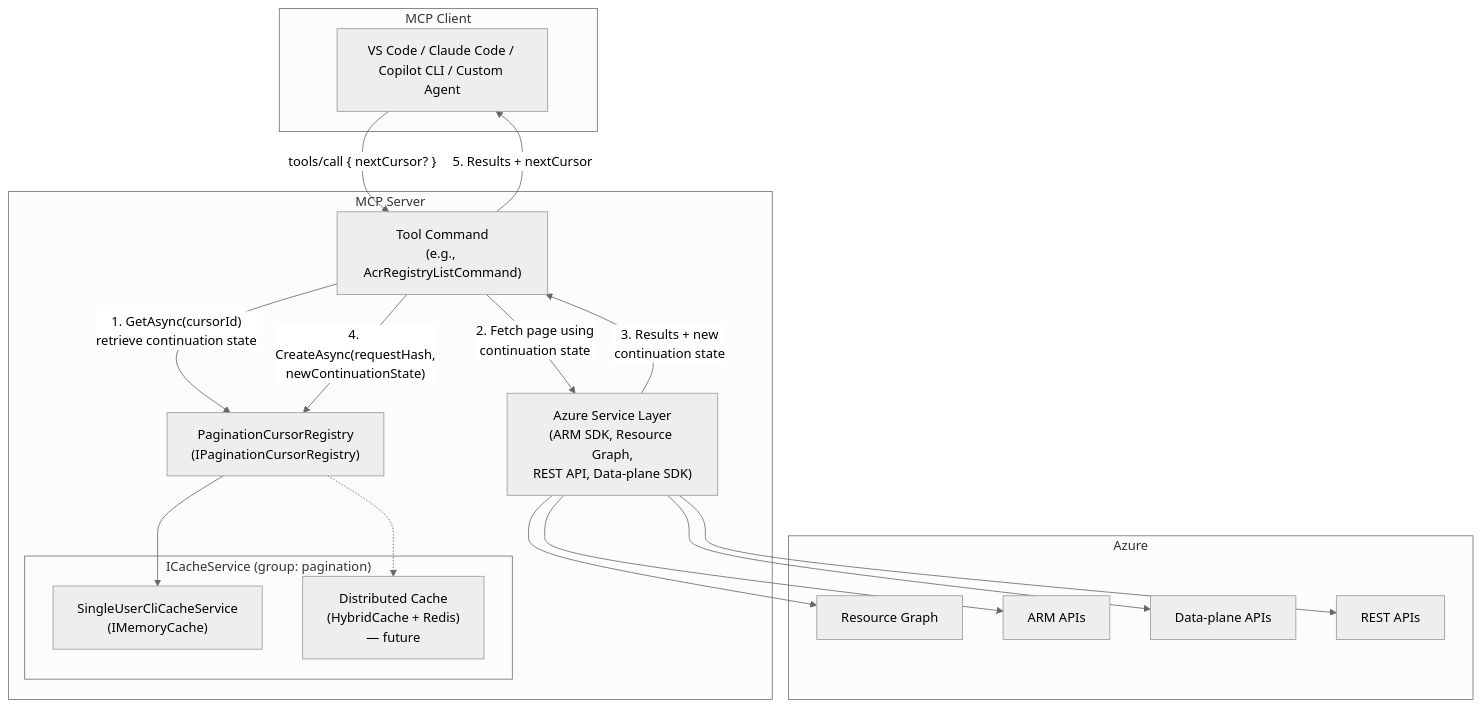
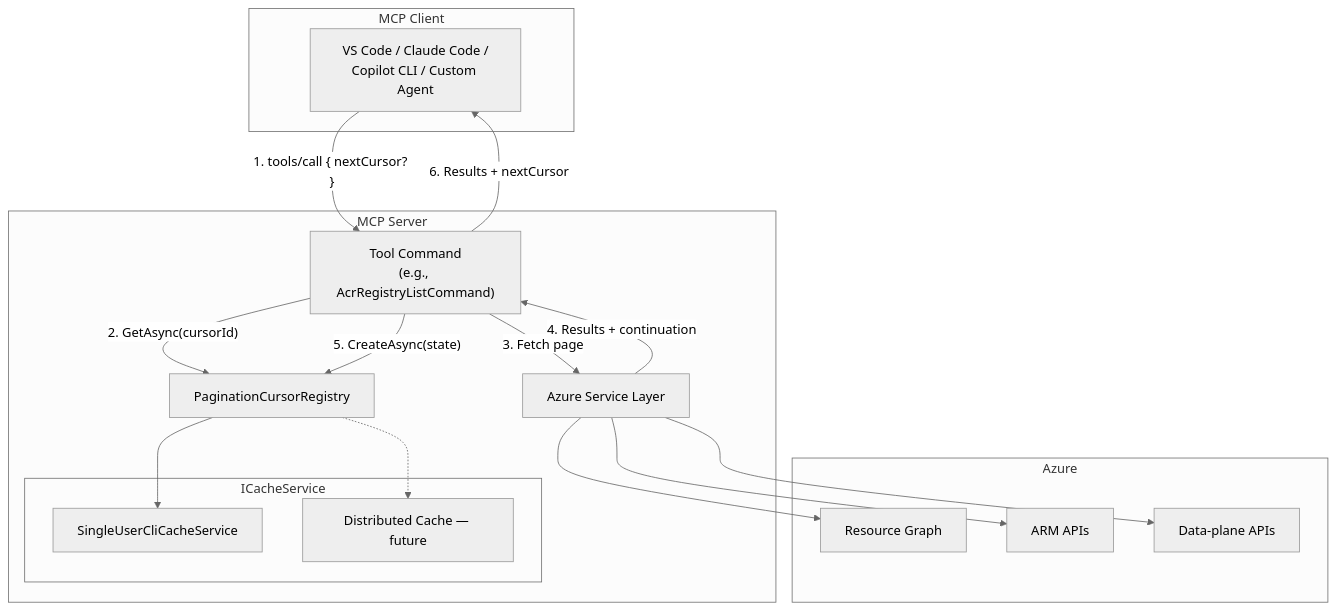
One commit to srnagar/mcp changed the first of 4 diagrams in docs/design/pagination-design-proposal.md. Above: the diagram before and after it, drawn with Mermaid (neutral theme).

````diff
--- a/docs/design/pagination-design-proposal.md
+++ b/docs/design/pagination-design-proposal.md
@@ -76,38 +76,34 @@
 ```mermaid
 graph TB
     subgraph Client["MCP Client"]
-        VS["VS Code / Claude Code / Copilot CLI / Custom Agent"]
+        VS["VS Code / Claude Code /<br/>Copilot CLI / Custom Agent"]
     end
 
     subgraph Server["MCP Server"]
         TC["Tool Command<br/>(e.g., AcrRegistryListCommand)"]
-        PCR["PaginationCursorRegistry<br/>(IPaginationCursorRegistry)"]
+        PCR["PaginationCursorRegistry"]
 
-        subgraph Cache["ICacheService (group: pagination)"]
-            MEM["SingleUserCliCacheService<br/>(IMemoryCache)"]
-            DIST["Distributed Cache<br/>(HybridCache + Redis)<br/>— future"]
+        subgraph Cache["ICacheService"]
+            MEM["SingleUserCliCacheService"]
+            DIST["Distributed Cache — future"]
         end
 
-        SVC["Azure Service Layer<br/>(ARM SDK, Resource Graph,<br/>REST API, Data-plane SDK)"]
+        SVC["Azure Service Layer"]
     end
 
     subgraph Azure["Azure"]
         ARG["Resource Graph"]
         ARM["ARM APIs"]
         DP["Data-plane APIs"]
-        REST["REST APIs"]
     end
 
-    VS -->|"tools/call { nextCursor? }"| TC
-    TC -->|"1. GetAsync(cursorId)<br/>retrieve continuation state"| PCR
+    VS -->|"1. tools/call { nextCursor? }"| TC
+    TC -->|"2. GetAsync(cursorId)"| PCR
     PCR --> MEM
     PCR -.-> DIST
-    TC -->|"2. Fetch page using<br/>continuation state"| SVC
-    SVC --> ARG
-    SVC --> ARM
-    SVC --> DP
-    SVC --> REST
-    SVC -->|"3. Results + new<br/>continuation state"| TC
-    TC -->|"4. CreateAsync(requestHash,<br/>newContinuationState)"| PCR
-    TC -->|"5. Results + nextCursor"| VS
+    TC -->|"3. Fetch page"| SVC
+    SVC --> ARG & ARM & DP
+    SVC -->|"4. Results + continuation"| TC
+    TC -->|"5. CreateAsync(state)"| PCR
+    TC -->|"6. Results + nextCursor"| VS
 ```
````
